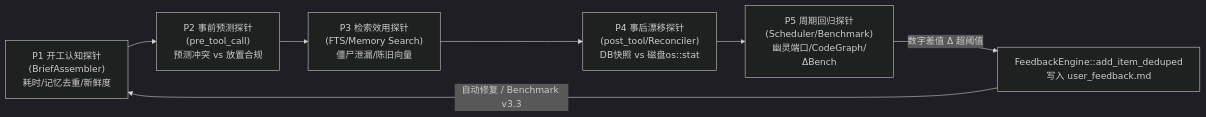
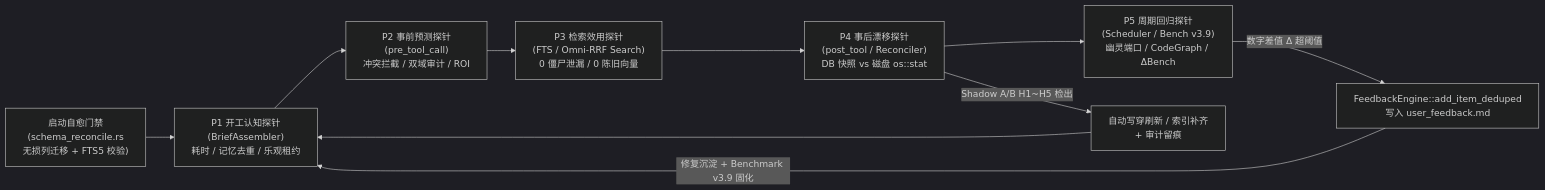
The diagram in docs/design_doc/13-freshness-and-self-evolution-spec.md (digoal/agent-body), drawn with Mermaid (dark theme) before and after one commit. The commit also changed other lines of this file and 11 other files, not shown here.

````diff
--- a/docs/design_doc/13-freshness-and-self-evolution-spec.md
+++ b/docs/design_doc/13-freshness-and-self-evolution-spec.md
@@ -27,9 +29,12 @@
 ```mermaid
 flowchart LR
-    P1["P1 开工认知探针<br/>(BriefAssembler)<br/>耗时/记忆去重/新鲜度"] --> P2["P2 事前预测探针<br/>(pre_tool_call)<br/>预测冲突 vs 放置合规"]
-    P2 --> P3["P3 检索效用探针<br/>(FTS/Memory Search)<br/>僵尸泄漏/陈旧向量"]
-    P3 --> P4["P4 事后漂移探针<br/>(post_tool/Reconciler)<br/>DB快照 vs 磁盘os::stat"]
-    P4 --> P5["P5 周期回归探针<br/>(Scheduler/Benchmark)<br/>幽灵端口/CodeGraph/ΔBench"]
+    INIT["启动自愈门禁<br/>(schema_reconcile.rs<br/>无损列迁移 + FTS5 校验)"] --> P1
+    P1["P1 开工认知探针<br/>(BriefAssembler)<br/>耗时 / 记忆去重 / 乐观租约"] --> P2["P2 事前预测探针<br/>(pre_tool_call)<br/>冲突拦截 / 双域审计 / ROI"]
+    P2 --> P3["P3 检索效用探针<br/>(FTS / Omni-RRF Search)<br/>0 僵尸泄漏 / 0 陈旧向量"]
+    P3 --> P4["P4 事后漂移探针<br/>(post_tool / Reconciler)<br/>DB 快照 vs 磁盘 os::stat"]
+    P4 --> P5["P5 周期回归探针<br/>(Scheduler / Bench v3.9)<br/>幽灵端口 / CodeGraph / ΔBench"]
     P5 -->|"数字差值 Δ 超阈值"| FB["FeedbackEngine::add_item_deduped<br/>写入 user_feedback.md"]
-    FB -->|"自动修复 / Benchmark v3.3"| P1
+    P4 -->|"Shadow A/B H1~H5 检出"| HEAL["自动写穿刷新 / 索引补齐<br/>+ 审计留痕"]
+    FB -->|"修复沉淀 + Benchmark v3.9 固化"| P1
+    HEAL --> P1
 ```
````
